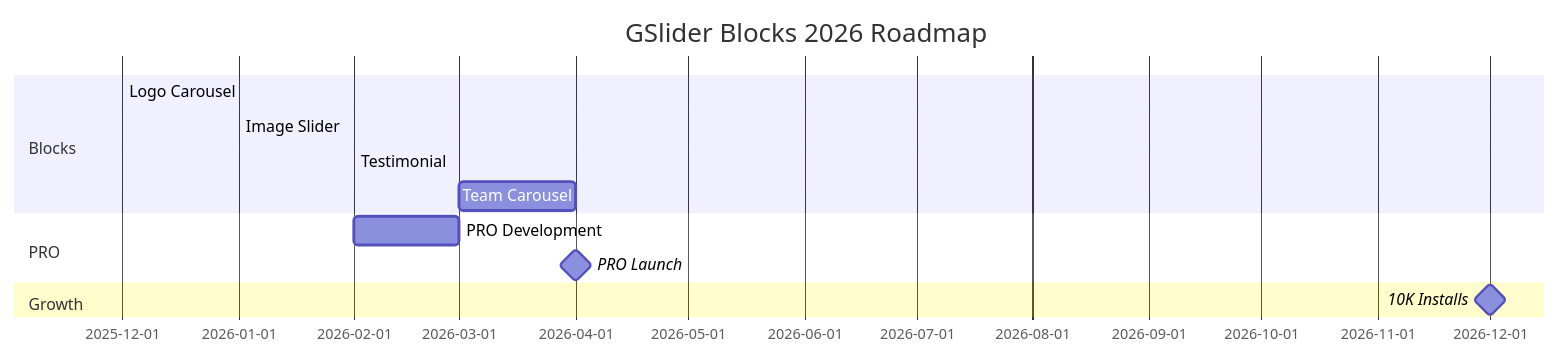
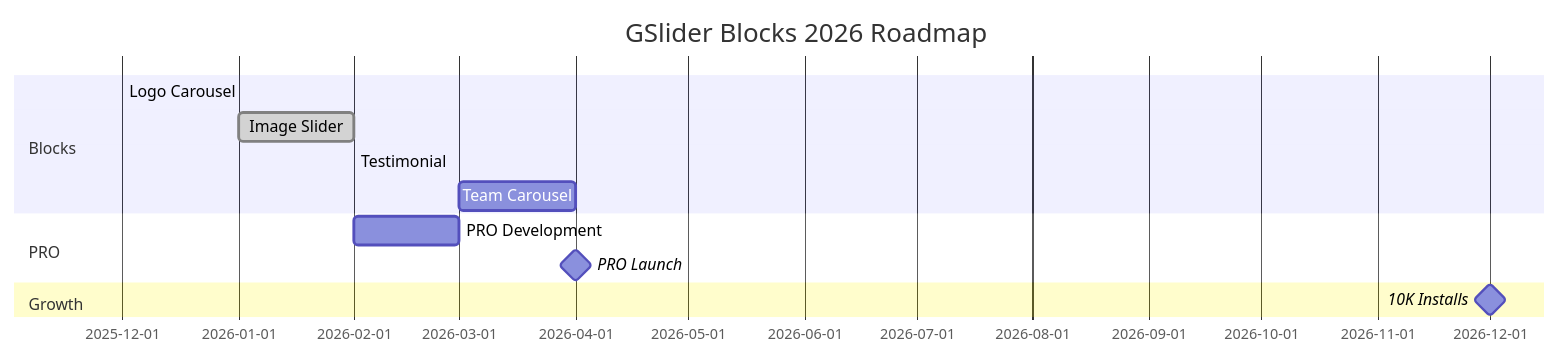
One commit to Aaqibhafeezkhan/gslider-blocks changed the diagram in README.md. Above: the diagram before and after it, drawn with Mermaid. The commit also changed other lines of this file and 6 other files, not shown here.

````diff
--- a/README.md
+++ b/README.md
@@ -342,15 +342,15 @@
 ```mermaid
 gantt
     title GSlider Blocks 2026 Roadmap
     dateFormat  YYYY-MM
     section Blocks
     Logo Carousel       :done,    2025-12, 2025-12
-    Image Slider        :active,  2026-01, 2026-01
+    Image Slider        :done,  2026-01, 2026-02
     Testimonial         :         2026-02, 2026-02
     Team Carousel       :         2026-03, 2026-04
     section PRO
     PRO Development     :         2026-02, 2026-03
     PRO Launch          :milestone, 2026-04, 0d
     section Growth
     10K Installs        :milestone, 2026-12, 0d
 ```
````
